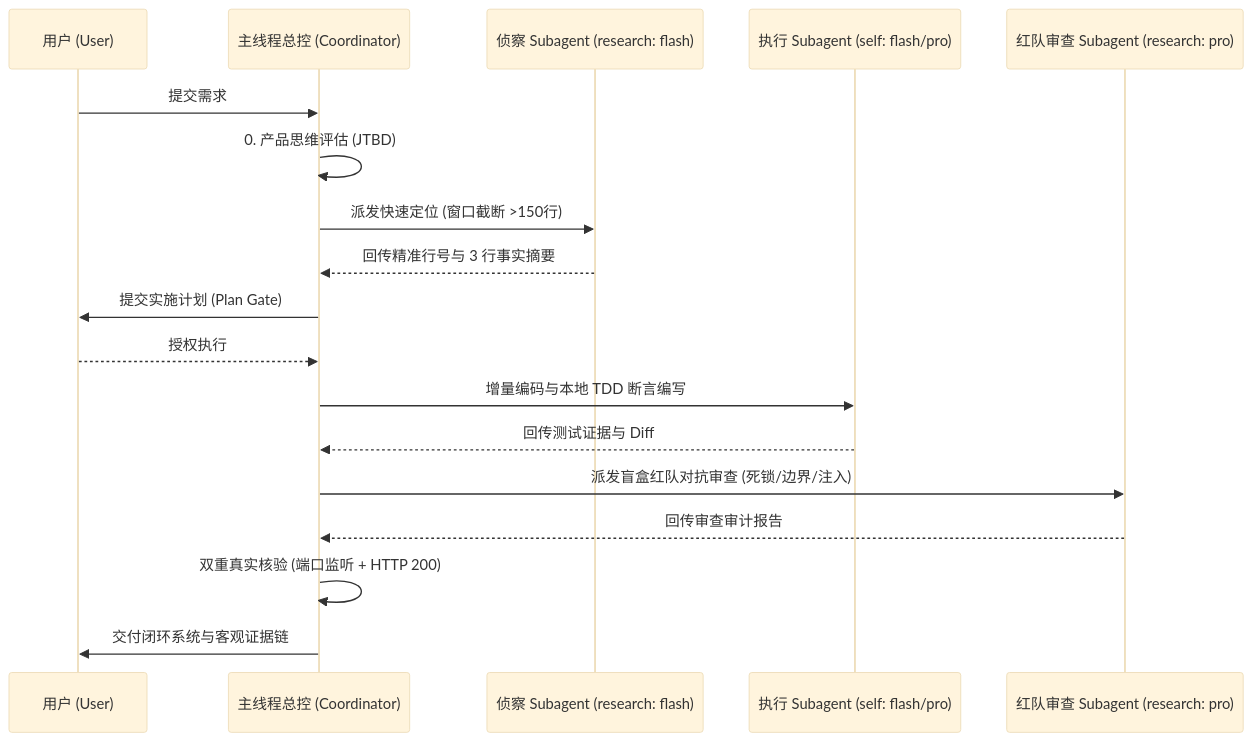
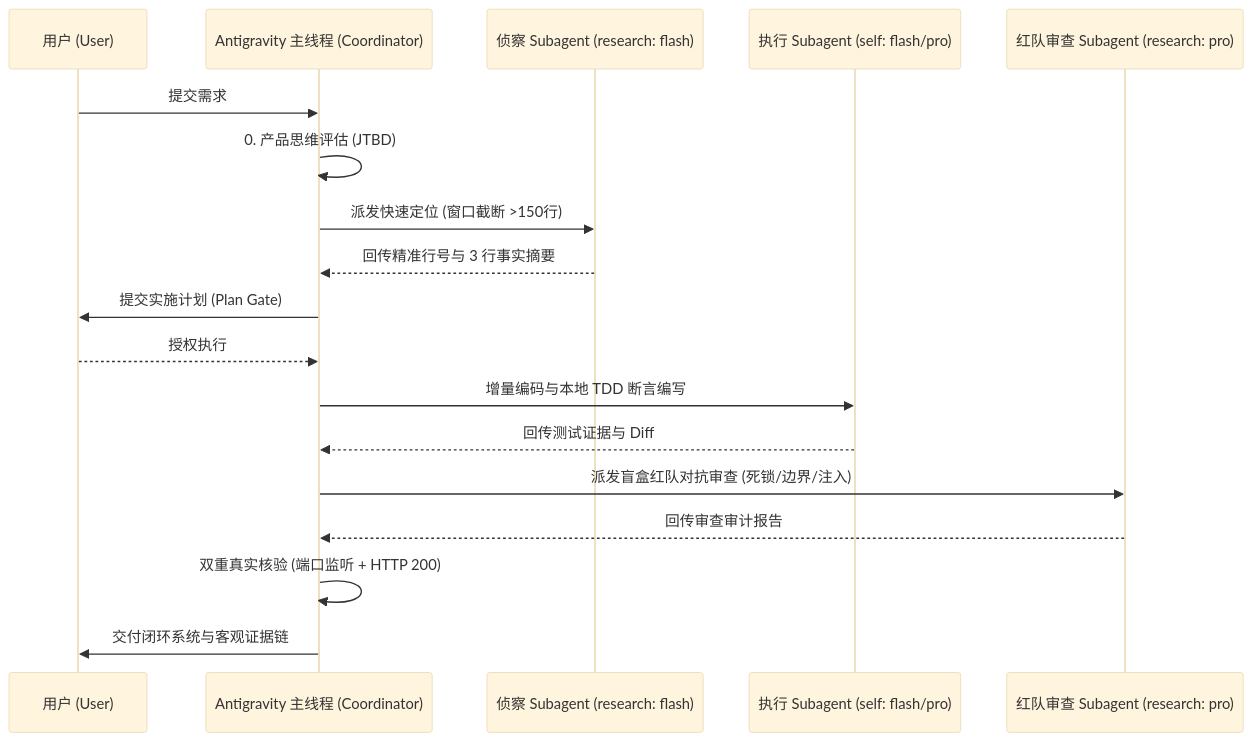
The diagram in README.md (Alphaxiaoteng/antigravity-agent-protocol), drawn with Mermaid (base theme) before and after one commit. The commit also changed 1 other file, not shown here.

Commit message:
refactor: purify Antigravity 2.0 subagent nomenclature and purge external OpenCode artifacts

````diff
--- a/README.md
+++ b/README.md
@@ -40,21 +40,21 @@
 ```mermaid
 sequenceDiagram
     participant User as 用户 (User)
-    participant Sol as 主线程总控 (Coordinator)
+    participant Main as Antigravity 主线程 (Coordinator)
     participant Scout as 侦察 Subagent (research: flash)
     participant Builder as 执行 Subagent (self: flash/pro)
     participant Adversary as 红队审查 Subagent (research: pro)
 
-    User->>Sol: 提交需求
-    Sol->>Sol: 0. 产品思维评估 (JTBD)
-    Sol->>Scout: 派发快速定位 (窗口截断 >150行)
-    Scout-->>Sol: 回传精准行号与 3 行事实摘要
-    Sol->>User: 提交实施计划 (Plan Gate)
-    User-->>Sol: 授权执行
-    Sol->>Builder: 增量编码与本地 TDD 断言编写
-    Builder-->>Sol: 回传测试证据与 Diff
-    Sol->>Adversary: 派发盲盒红队对抗审查 (死锁/边界/注入)
-    Adversary-->>Sol: 回传审查审计报告
-    Sol->>Sol: 双重真实核验 (端口监听 + HTTP 200)
-    Sol->>User: 交付闭环系统与客观证据链
+    User->>Main: 提交需求
+    Main->>Main: 0. 产品思维评估 (JTBD)
+    Main->>Scout: 派发快速定位 (窗口截断 >150行)
+    Scout-->>Main: 回传精准行号与 3 行事实摘要
+    Main->>User: 提交实施计划 (Plan Gate)
+    User-->>Main: 授权执行
+    Main->>Builder: 增量编码与本地 TDD 断言编写
+    Builder-->>Main: 回传测试证据与 Diff
+    Main->>Adversary: 派发盲盒红队对抗审查 (死锁/边界/注入)
+    Adversary-->>Main: 回传审查审计报告
+    Main->>Main: 双重真实核验 (端口监听 + HTTP 200)
+    Main->>User: 交付闭环系统与客观证据链
 ```
````
